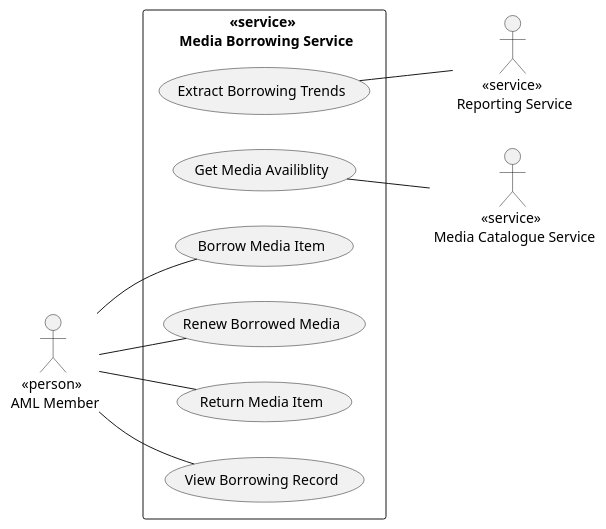
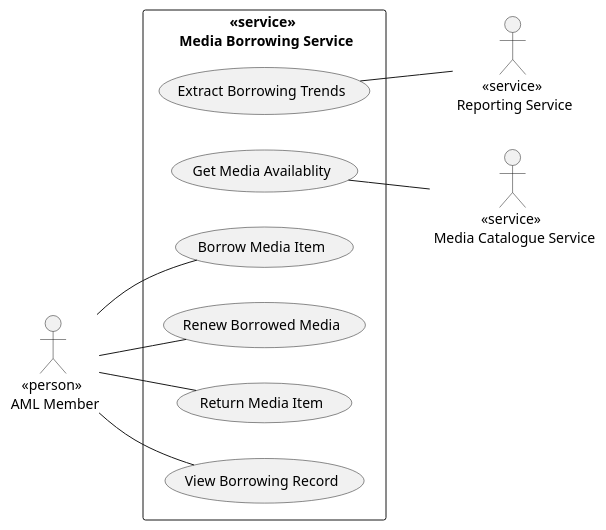
The diagram in documentation/use-cases/media-borrowing/media-borrowing.puml (Nox-iv/group-11), drawn with PlantUML before and after one commit. The commit also changed 1 other file, not shown here.

```diff
--- a/documentation/use-cases/media-borrowing/media-borrowing.puml
+++ b/documentation/use-cases/media-borrowing/media-borrowing.puml
@@ -1,25 +1,25 @@
 @startuml media-borrowing
 left to right direction
 
 rectangle "<<service>> \n Media Borrowing Service" {
     (Borrow Media Item) as borrow_media
     (Renew Borrowed Media) as renew_media
     (Return Media Item) as return_media
     (View Borrowing Record) as view_borrowing_record
-    (Get Media Availiblity) as get_availibility
+    (Get Media Availablity) as get_availability
     (Extract Borrowing Trends) as extract_trends
 }
 
 :    <<person>> \n AML Member: as aml_member 
 :              <<service>> \n Media Catalogue Service: as media_catalogue
 :        <<service>> \n Reporting Service: as reporting_service
 
 
 aml_member -- borrow_media
 aml_member -- renew_media
 aml_member -- return_media
 aml_member -- view_borrowing_record
-media_catalogue -u- get_availibility
+media_catalogue -u- get_availability
 reporting_service -u- extract_trends
 
 @enduml
```
